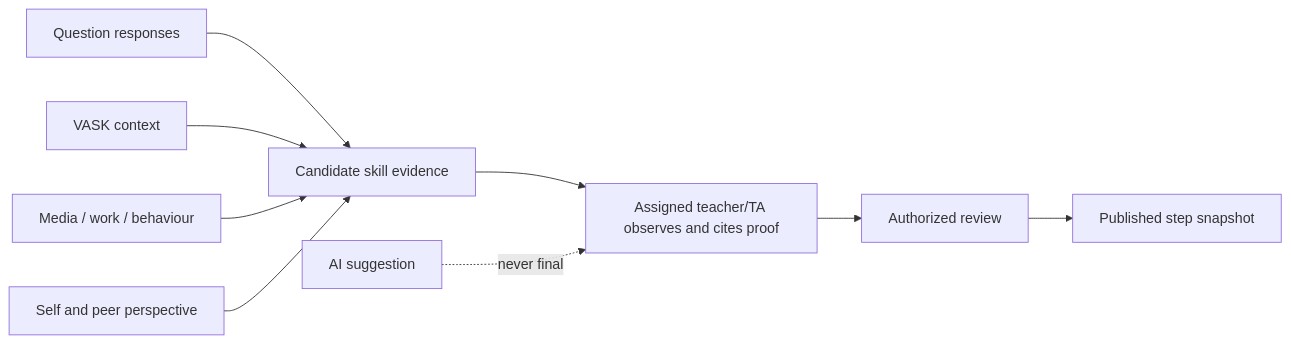
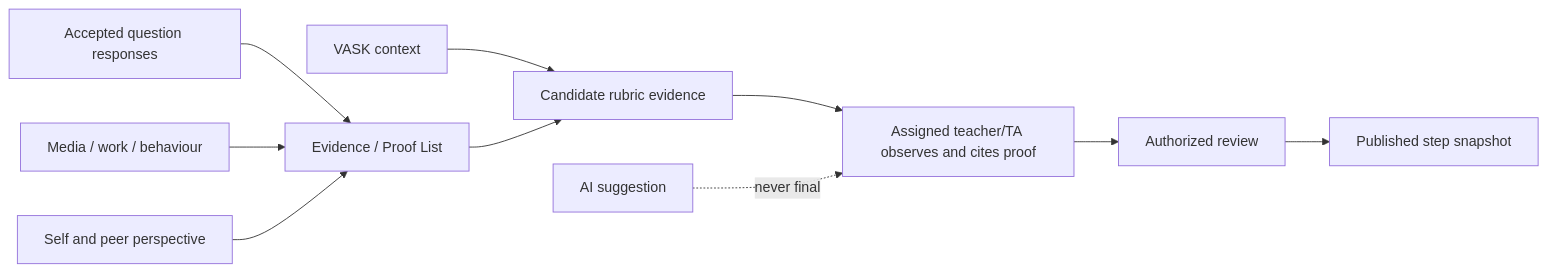
Before and after one commit to heison-octopus/testing-port: the diagram in output/English/SRS/SRS-08 Assessment eight skills and sixteen steps.md, drawn with Mermaid. The commit also changed other lines of this file and 203 other files, not shown here.

````diff
--- a/output/English/SRS/SRS-08 Assessment eight skills and sixteen steps.md
+++ b/output/English/SRS/SRS-08 Assessment eight skills and sixteen steps.md
@@ -49,11 +51,12 @@
 ```mermaid
 flowchart LR
-    Q[Question responses] --> C[Candidate skill evidence]
+    Q[Accepted question responses] --> PL[Evidence / Proof List]
     V[VASK context] --> C
-    M[Media / work / behaviour] --> C
-    S[Self and peer perspective] --> C
+    M[Media / work / behaviour] --> PL
+    S[Self and peer perspective] --> PL
+    PL --> C[Candidate rubric evidence]
     C --> T[Assigned teacher/TA observes and cites proof]
     T --> R[Authorized review]
     R --> P[Published step snapshot]
     AI[AI suggestion] -. never final .-> T
 ```
````
